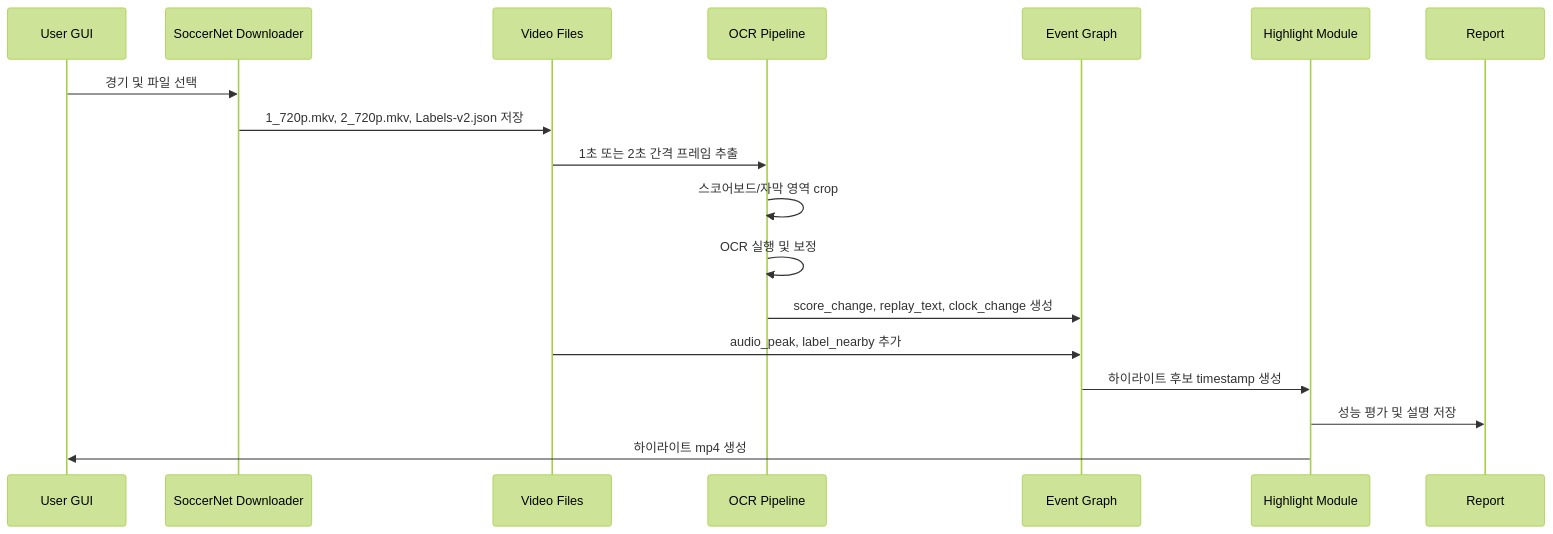
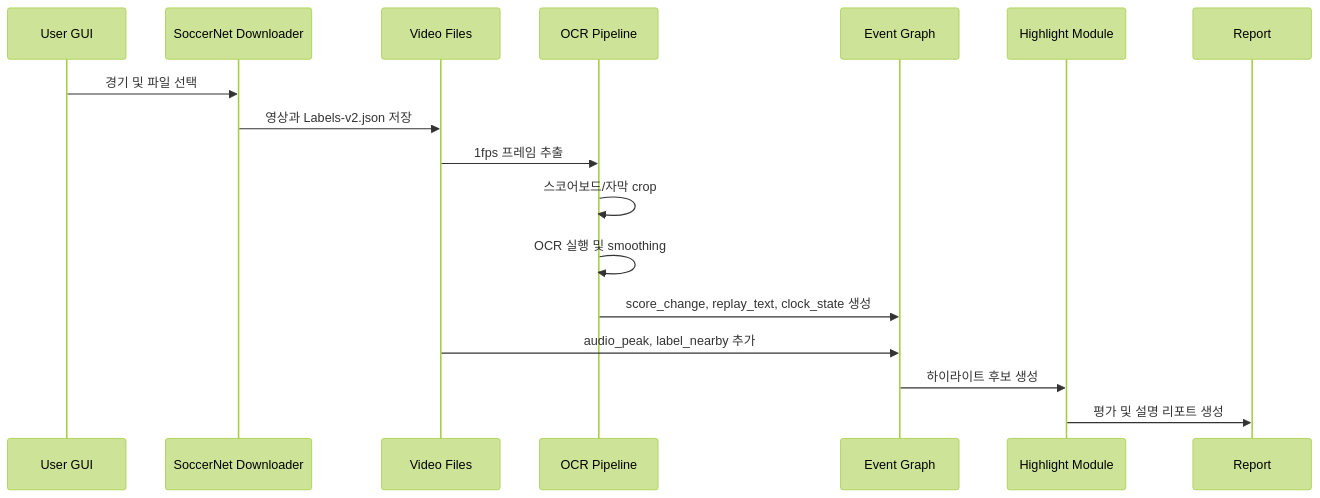
Before and after one commit to chjnett/my-sports-ai: the second of 2 diagrams in docs/RESEARCH_ARCHITECTURE.md, drawn with Mermaid (forest theme). The commit also changed other lines of this file and 27 other files, not shown here.

````diff
--- a/docs/RESEARCH_ARCHITECTURE.md
+++ b/docs/RESEARCH_ARCHITECTURE.md
@@ -70,21 +69,20 @@
 ```mermaid
 sequenceDiagram
     participant U as User GUI
     participant D as SoccerNet Downloader
     participant V as Video Files
     participant O as OCR Pipeline
     participant G as Event Graph
     participant H as Highlight Module
     participant R as Report
 
     U->>D: 경기 및 파일 선택
-    D->>V: 1_720p.mkv, 2_720p.mkv, Labels-v2.json 저장
-    V->>O: 1초 또는 2초 간격 프레임 추출
-    O->>O: 스코어보드/자막 영역 crop
-    O->>O: OCR 실행 및 보정
-    O->>G: score_change, replay_text, clock_change 생성
+    D->>V: 영상과 Labels-v2.json 저장
+    V->>O: 1fps 프레임 추출
+    O->>O: 스코어보드/자막 crop
+    O->>O: OCR 실행 및 smoothing
+    O->>G: score_change, replay_text, clock_state 생성
     V->>G: audio_peak, label_nearby 추가
-    G->>H: 하이라이트 후보 timestamp 생성
-    H->>R: 성능 평가 및 설명 저장
-    H->>U: 하이라이트 mp4 생성
+    G->>H: 하이라이트 후보 생성
+    H->>R: 평가 및 설명 리포트 생성
 ```
````
